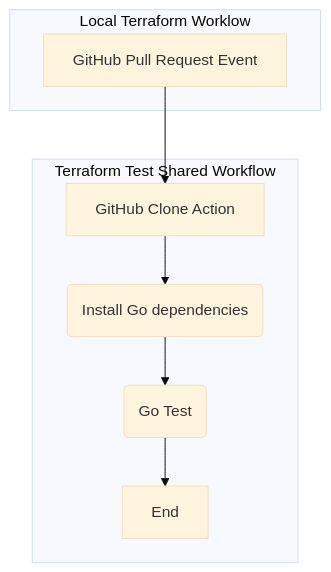
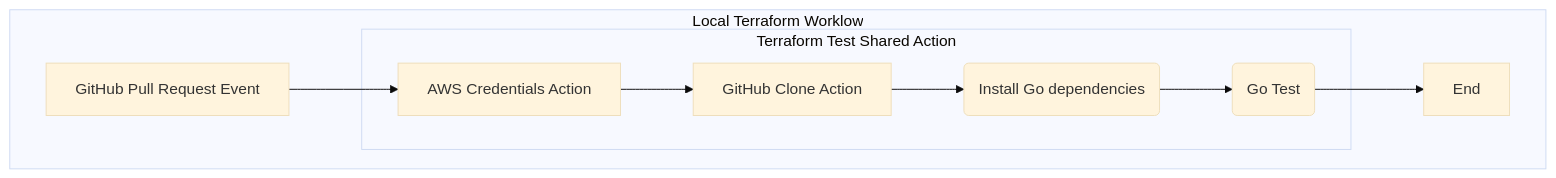
Before and after one commit to defenseunicorns/uds-common-workflows: the diagram in documents/terraform/terraform-test.md, drawn with Mermaid (base theme).

Commit message:
update flowchart

````diff
--- a/documents/terraform/terraform-test.md
+++ b/documents/terraform/terraform-test.md
@@ -113,13 +113,14 @@
 ```mermaid
 flowchart TB
   subgraph "Local Terraform Worklow"
-    trigger[GitHub Pull Request Event]
-  end
+    trigger[GitHub Pull Request Event] --> aws[AWS Credentials Action]
 
-  subgraph "Terraform Test Shared Workflow"
-    trigger --> clone[GitHub Clone Action]
-    clone --> tidy(Install Go dependencies)
-    tidy --> test(Go Test)
+    subgraph "Terraform Test Shared Action"
+      aws --> clone[GitHub Clone Action]
+      clone --> tidy(Install Go dependencies)
+      tidy --> test(Go Test)
+    end
+    
     test --> endflow[End]
   end
 ```
````
